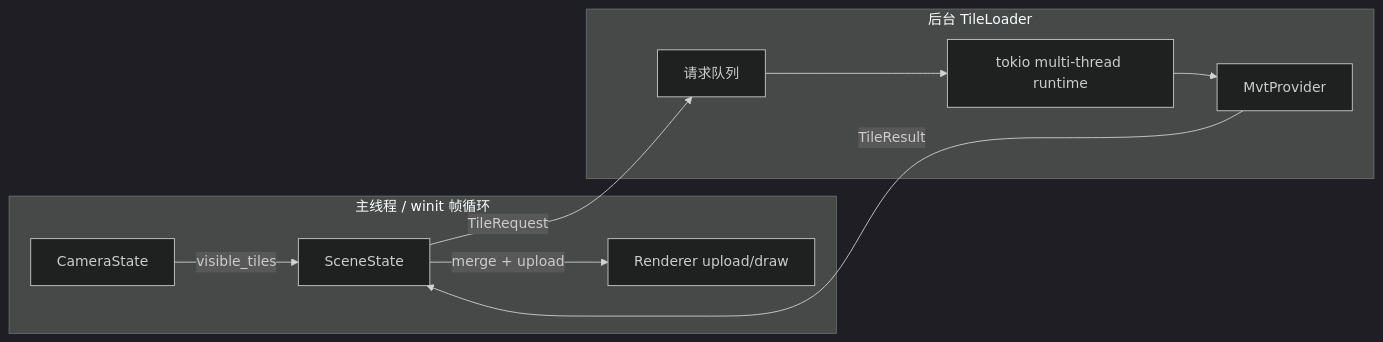
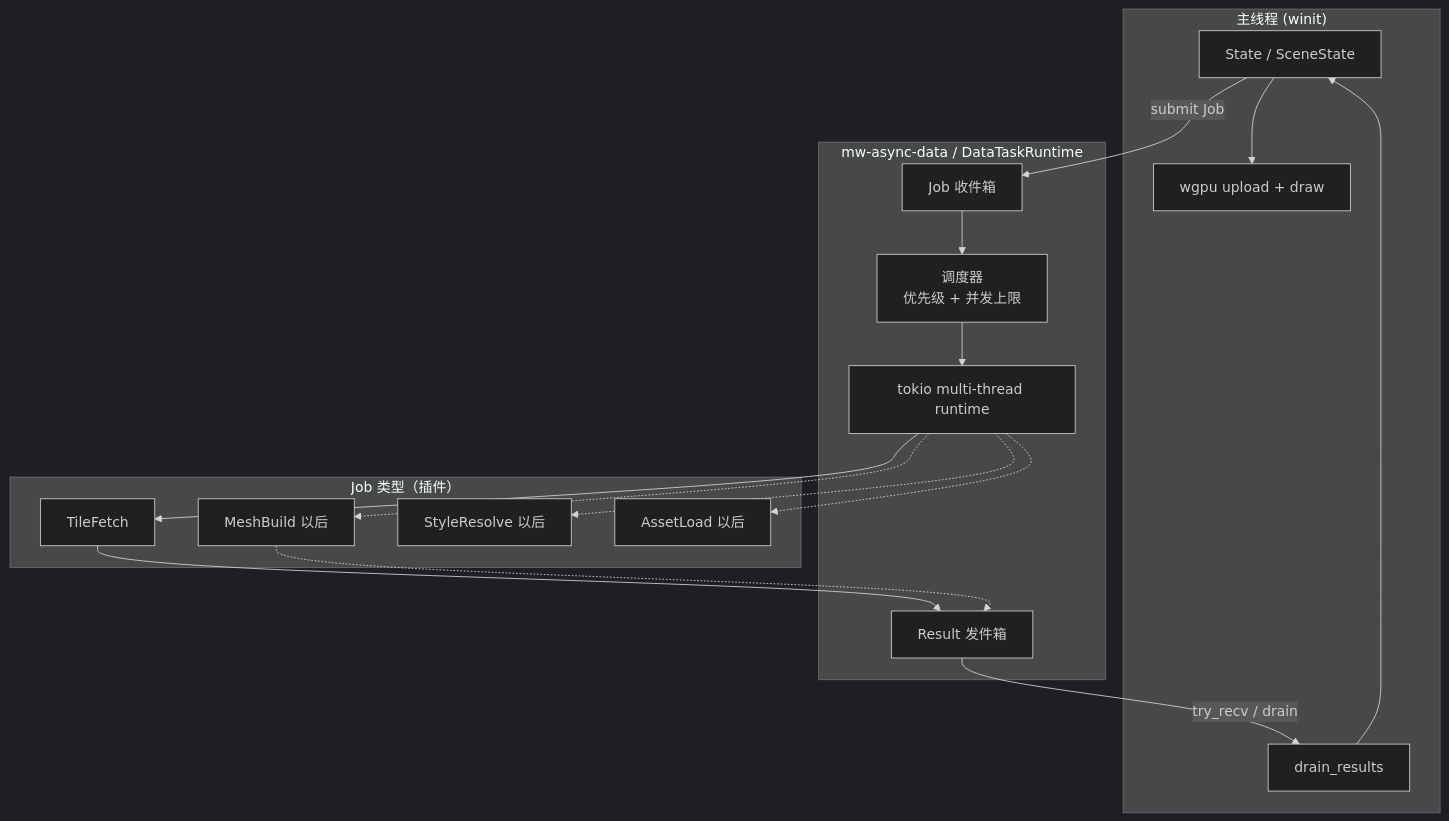
Before and after one commit to wucaiqun/MapWeave-Lab: the first of 2 diagrams in docs/phase-a-async-tile-loader.zh.md, drawn with Mermaid (dark theme). The commit also changed other lines of this file and 8 other files, not shown here.

Commit message:
stop blocking the main thread on tile fetch, and the first verison of tokio workers

````diff
--- a/docs/phase-a-async-tile-loader.zh.md
+++ b/docs/phase-a-async-tile-loader.zh.md
@@ -68,21 +73,35 @@
 ```mermaid
-flowchart LR
-    subgraph Main["主线程 / winit 帧循环"]
-        Cam[CameraState]
-        Scene[SceneState]
-        GPU[Renderer upload/draw]
+flowchart TB
+    subgraph Main["主线程 (winit)"]
+        App[State / SceneState]
+        Drain[drain_results]
+        GPU[wgpu upload + draw]
     end
 
-    subgraph Loader["后台 TileLoader"]
-        Q[请求队列]
-        Tokio[tokio multi-thread runtime]
-        Prov[MvtProvider]
+    subgraph Framework["mw-async-data / DataTaskRuntime"]
+        RT[tokio multi-thread runtime]
+        Inbox[Job 收件箱]
+        Sched[调度器<br/>优先级 + 并发上限]
+        Outbox[Result 发件箱]
     end
 
-    Cam -->|visible_tiles| Scene
-    Scene -->|TileRequest| Q
-    Q --> Tokio
-    Tokio --> Prov
-    Prov -->|TileResult| Scene
-    Scene -->|merge + upload| GPU
+    subgraph Jobs["Job 类型（插件）"]
+        J1[TileFetch]
+        J2[MeshBuild 以后]
+        J3[StyleResolve 以后]
+        J4[AssetLoad 以后]
+    end
+
+    App -->|submit Job| Inbox
+    Inbox --> Sched
+    Sched --> RT
+    RT --> J1
+    RT -.-> J2
+    RT -.-> J3
+    RT -.-> J4
+    J1 --> Outbox
+    J2 -.-> Outbox
+    Outbox -->|try_recv / drain| Drain
+    Drain --> App
+    App --> GPU
 ```
````
